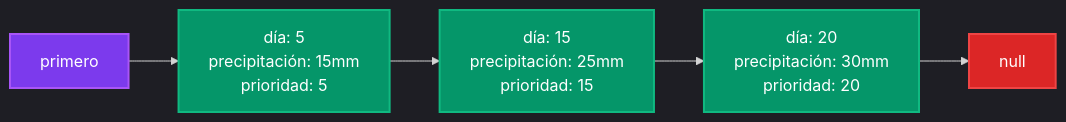
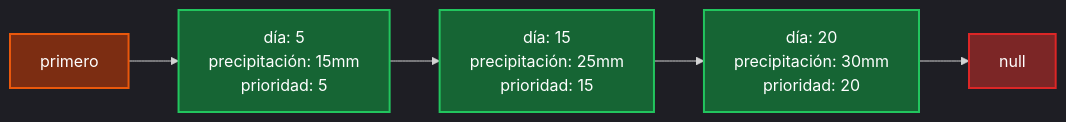
Before and after one commit to pybalt/algo2: the eighth of 16 diagrams in tp-final/README_IMPLEMENTACIONES.md, drawn with Mermaid. The commit also changed other lines of this file and 1 other file, not shown here.

````diff
--- a/tp-final/README_IMPLEMENTACIONES.md
+++ b/tp-final/README_IMPLEMENTACIONES.md
@@ -243,14 +321,14 @@
 ```mermaid
 %%{init: {'theme':'dark'}}%%
 graph LR
     A["primero"] --> B["día: 5<br/>precipitación: 15mm<br/>prioridad: 5"]
     B --> C["día: 15<br/>precipitación: 25mm<br/>prioridad: 15"]
     C --> D["día: 20<br/>precipitación: 30mm<br/>prioridad: 20"]
     D --> E["null"]
     
-    style A fill:#7c3aed,stroke:#a855f7,stroke-width:2px,color:#fff
-    style B fill:#059669,stroke:#10b981,stroke-width:2px,color:#fff
-    style C fill:#059669,stroke:#10b981,stroke-width:2px,color:#fff
-    style D fill:#059669,stroke:#10b981,stroke-width:2px,color:#fff
-    style E fill:#dc2626,stroke:#ef4444,stroke-width:2px,color:#fff
+    style A fill:#7c2d12,stroke:#ea580c,stroke-width:2px,color:#ffffff
+    style B fill:#166534,stroke:#22c55e,stroke-width:2px,color:#ffffff
+    style C fill:#166534,stroke:#22c55e,stroke-width:2px,color:#ffffff
+    style D fill:#166534,stroke:#22c55e,stroke-width:2px,color:#ffffff
+    style E fill:#7c2626,stroke:#dc2626,stroke-width:2px,color:#ffffff
 ```
````
